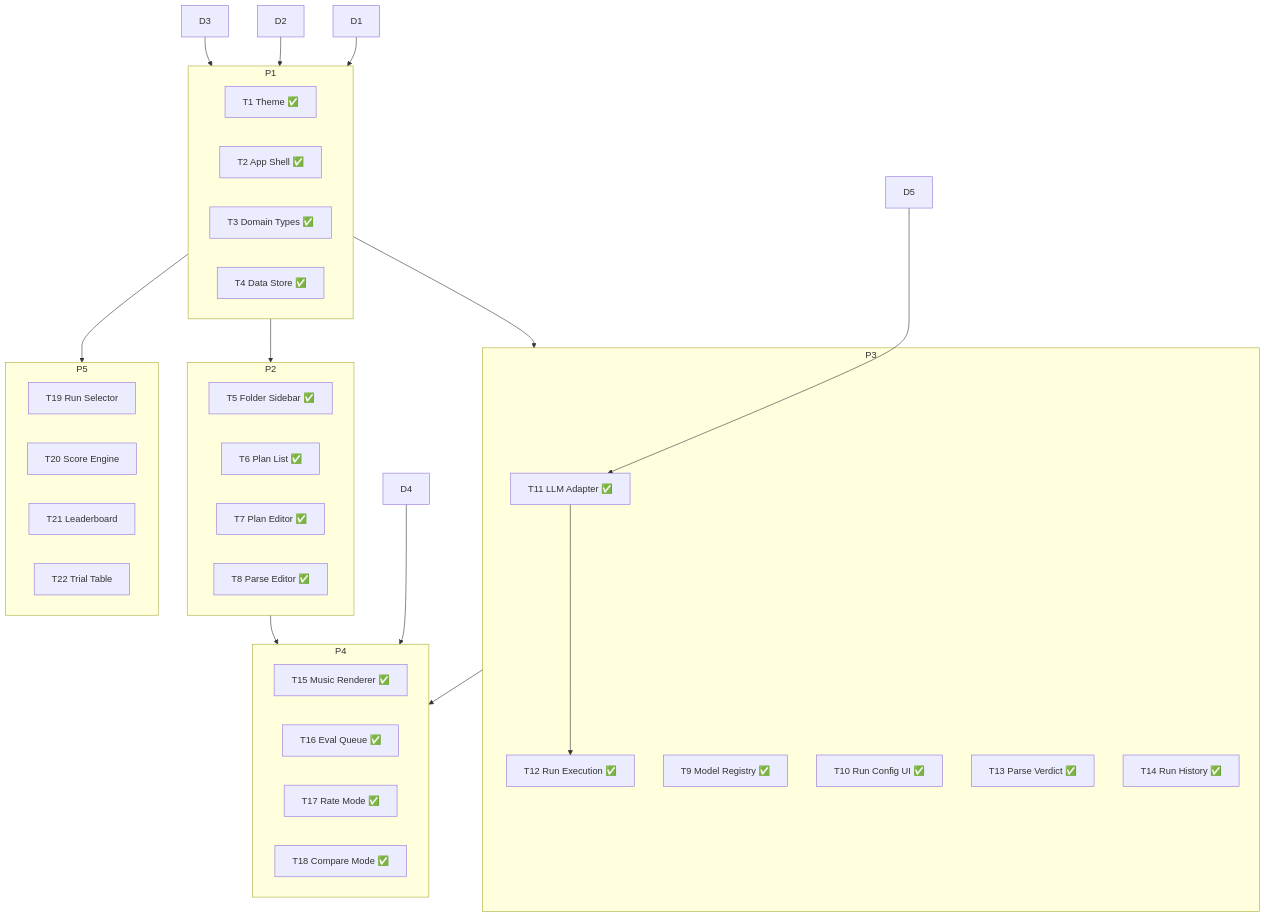
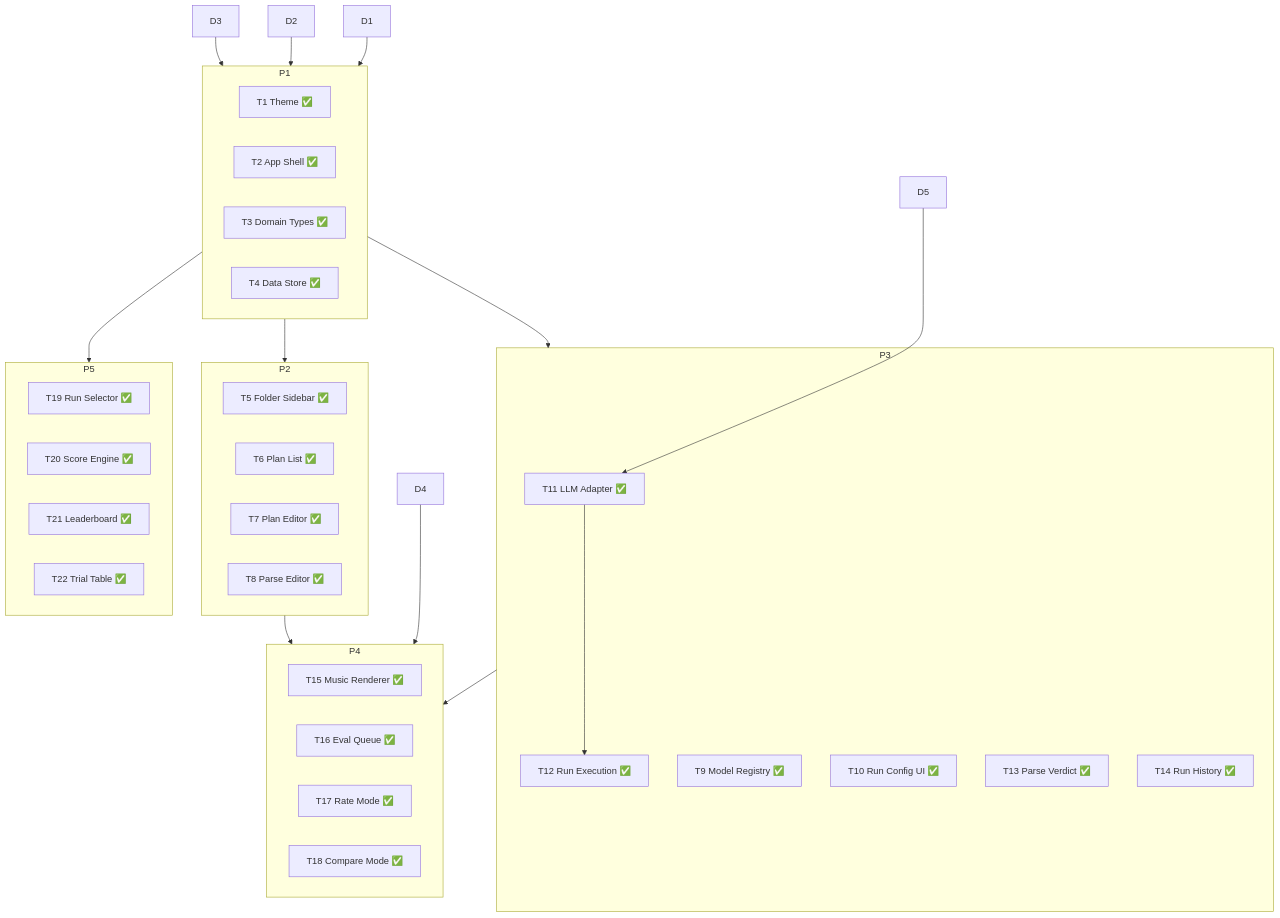
The diagram in docs/roadmap.md (joelbreit/music-bench), drawn with Mermaid before and after one commit. The commit also changed other lines of this file and 6 other files, not shown here.

Commit message:
T19 — Run Selector, T20 — Score Computation, T21 — Leaderboard, and T22 — Trial Detail Table

````diff
--- a/docs/roadmap.md
+++ b/docs/roadmap.md
@@ -61,50 +61,50 @@
 ```mermaid
 graph TD
     D1 & D2 & D3 --> P1
 
     P1[Phase 1: Foundation] --> P2[Phase 2: Build]
     P1 --> P3[Phase 3: Run]
     P1 --> P5[Phase 5: Explore]
     D4 --> P4[Phase 4: Evaluate]
     P2 --> P4
     P3 --> P4
     D5 --> T11
     T11 --> T12
 
     subgraph P1
         T1[T1 Theme ✅]
         T2[T2 App Shell ✅]
         T3[T3 Domain Types ✅]
         T4[T4 Data Store ✅]
     end
 
     subgraph P2
         T5[T5 Folder Sidebar ✅]
         T6[T6 Plan List ✅]
         T7[T7 Plan Editor ✅]
         T8[T8 Parse Editor ✅]
     end
 
     subgraph P3
         T9[T9 Model Registry ✅]
         T10[T10 Run Config UI ✅]
         T11[T11 LLM Adapter ✅]
         T12[T12 Run Execution ✅]
         T13[T13 Parse Verdict ✅]
         T14[T14 Run History ✅]
     end
 
     subgraph P4
         T15[T15 Music Renderer ✅]
         T16[T16 Eval Queue ✅]
         T17[T17 Rate Mode ✅]
         T18[T18 Compare Mode ✅]
     end
 
     subgraph P5
-        T19[T19 Run Selector]
-        T20[T20 Score Engine]
-        T21[T21 Leaderboard]
-        T22[T22 Trial Table]
+        T19[T19 Run Selector ✅]
+        T20[T20 Score Engine ✅]
+        T21[T21 Leaderboard ✅]
+        T22[T22 Trial Table ✅]
     end
 ```
````
